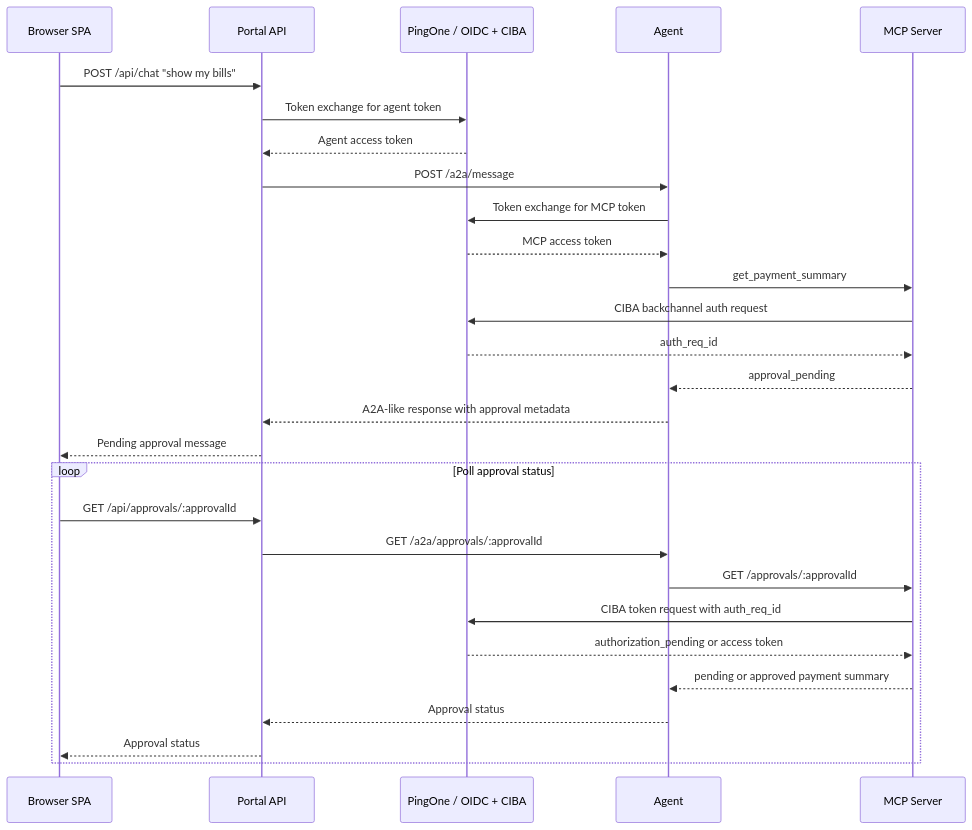
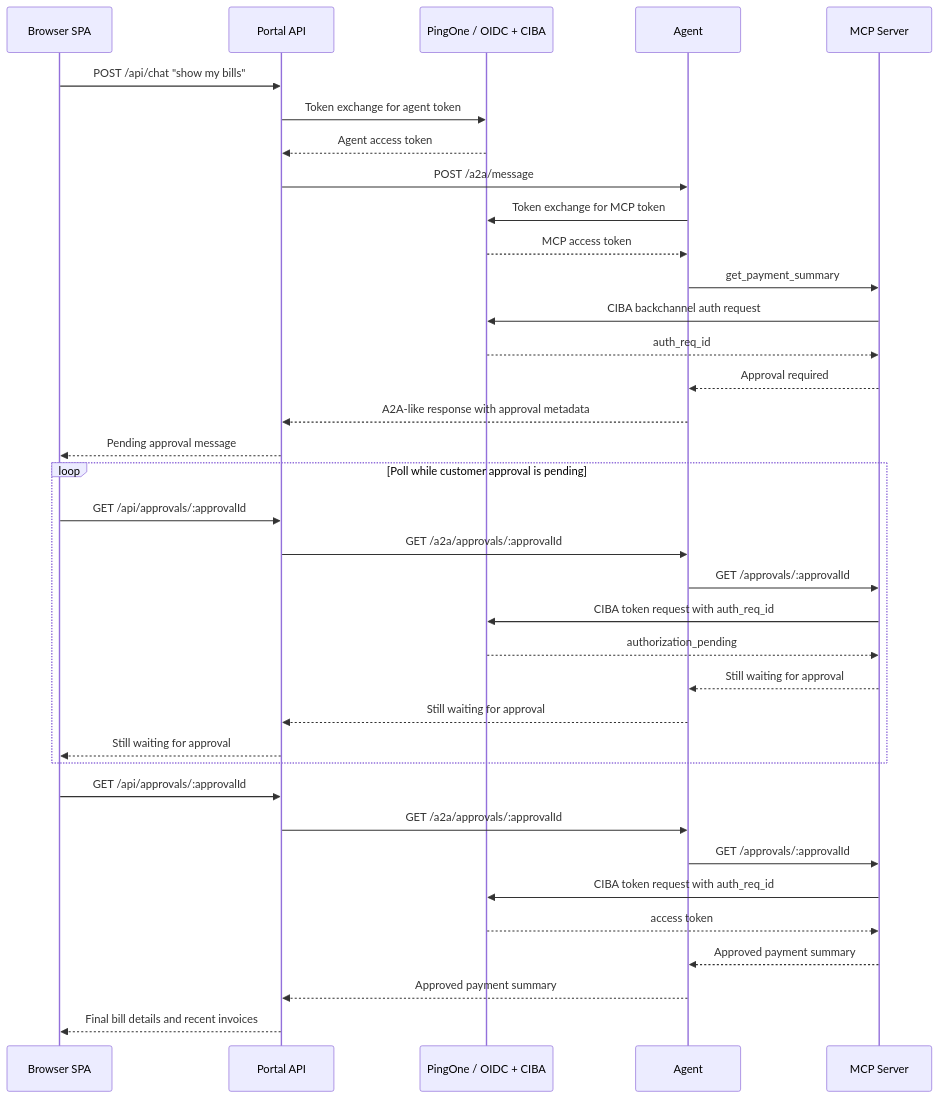
The third of 3 diagrams in README.md (carbonefederico/ai-telco-chatbot), drawn with Mermaid before and after one commit. The commit also changed other lines of this file, not shown here.

Commit message:
Clarify CIBA approval completion flow

````diff
--- a/README.md
+++ b/README.md
@@ -74,32 +74,41 @@
 ```mermaid
 sequenceDiagram
   participant B as Browser SPA
   participant P as Portal API
   participant I as PingOne / OIDC + CIBA
   participant A as Agent
   participant M as MCP Server
 
   B->>P: POST /api/chat "show my bills"
   P->>I: Token exchange for agent token
   I-->>P: Agent access token
   P->>A: POST /a2a/message
   A->>I: Token exchange for MCP token
   I-->>A: MCP access token
   A->>M: get_payment_summary
   M->>I: CIBA backchannel auth request
   I-->>M: auth_req_id
-  M-->>A: approval_pending
+  M-->>A: Approval required
   A-->>P: A2A-like response with approval metadata
   P-->>B: Pending approval message
 
-  loop Poll approval status
+  loop Poll while customer approval is pending
     B->>P: GET /api/approvals/:approvalId
     P->>A: GET /a2a/approvals/:approvalId
     A->>M: GET /approvals/:approvalId
     M->>I: CIBA token request with auth_req_id
-    I-->>M: authorization_pending or access token
-    M-->>A: pending or approved payment summary
-    A-->>P: Approval status
-    P-->>B: Approval status
+    I-->>M: authorization_pending
+    M-->>A: Still waiting for approval
+    A-->>P: Still waiting for approval
+    P-->>B: Still waiting for approval
   end
+
+  B->>P: GET /api/approvals/:approvalId
+  P->>A: GET /a2a/approvals/:approvalId
+  A->>M: GET /approvals/:approvalId
+  M->>I: CIBA token request with auth_req_id
+  I-->>M: access token
+  M-->>A: Approved payment summary
+  A-->>P: Approved payment summary
+  P-->>B: Final bill details and recent invoices
 ```
````
